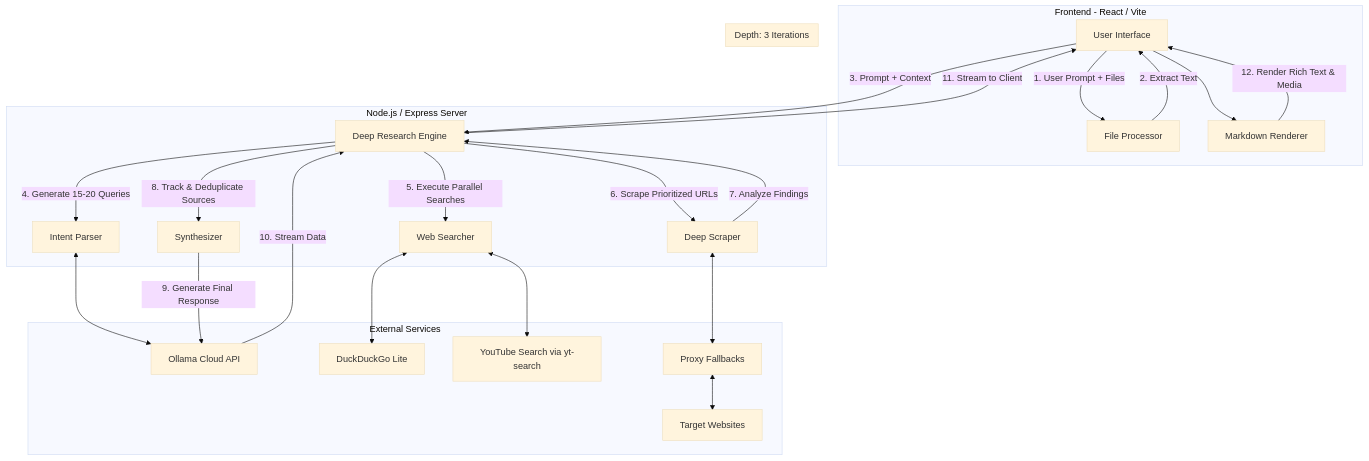
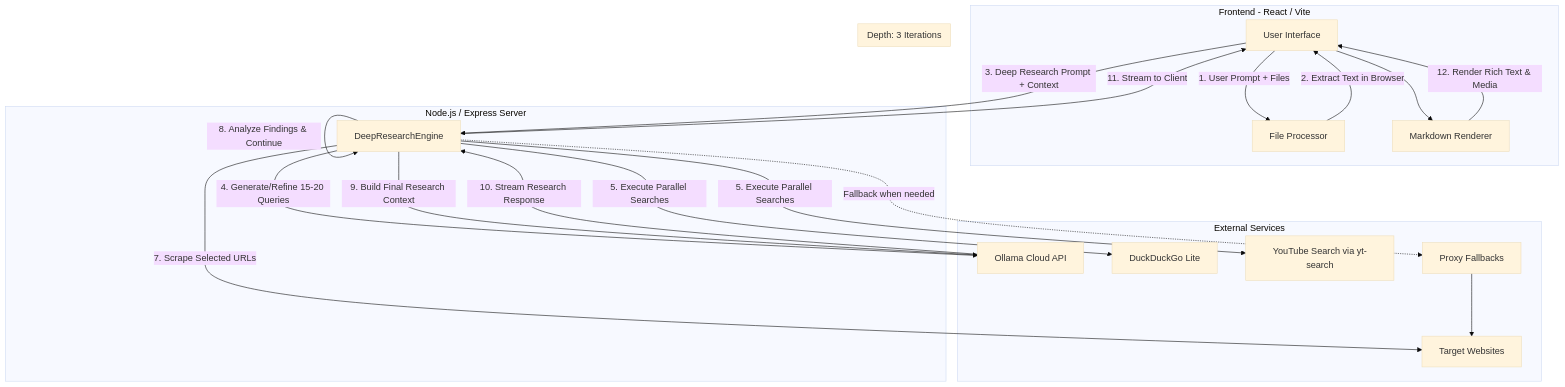
The diagram in README.md (AL-MARID/Lorph), drawn with Mermaid (base theme) before and after one commit. The commit also changed other lines of this file, not shown here.

````diff
--- a/README.md
+++ b/README.md
@@ -20,52 +24,41 @@
 ```mermaid
 flowchart TB
     subgraph Client [Frontend - React / Vite]
         UI[User Interface]
         FP[File Processor]
         MD[Markdown Renderer]
     end
 
     subgraph Backend [Node.js / Express Server]
-        DRE[Deep Research Engine]
-        IP[Intent Parser]
-        WS[Web Searcher]
-        DS[Deep Scraper]
-        SYN[Synthesizer]
+        DRE[DeepResearchEngine]
     end
 
     subgraph External [External Services]
         OLLAMA[Ollama Cloud API]
         DDG[DuckDuckGo Lite]
         YT[YouTube Search via yt-search]
         WEB[Target Websites]
         PROXIES[Proxy Fallbacks]
     end
 
     UI -- "1. User Prompt + Files" --> FP
-    FP -- "2. Extract Text" --> UI
-    UI -- "3. Prompt + Context" --> DRE
-    
-    %% Iterative Research Loop
+    FP -- "2. Extract Text in Browser" --> UI
+    UI -- "3. Deep Research Prompt + Context" --> DRE
+
     subgraph Research Loop [Depth: 3 Iterations]
-        DRE -- "4. Generate 15-20 Queries" --> IP
-        IP <--> OLLAMA
-        
-        DRE -- "5. Execute Parallel Searches" --> WS
-        WS <--> DDG
-        WS <--> YT
-        
-        DRE -- "6. Scrape Prioritized URLs" --> DS
-        DS <--> PROXIES
-        PROXIES <--> WEB
-        
-        DS -- "7. Analyze Findings" --> DRE
+        DRE -- "4. Generate/Refine 15-20 Queries" --> OLLAMA
+        DRE -- "5. Execute Parallel Searches" --> DDG
+        DRE -- "5. Execute Parallel Searches" --> YT
+        DRE -- "6. Deduplicate & Select New URLs" --> DRE
+        DRE -- "7. Scrape Selected URLs" --> WEB
+        DRE -. "Fallback when needed" .-> PROXIES
+        PROXIES --> WEB
+        DRE -- "8. Analyze Findings & Continue" --> DRE
     end
-    
-    DRE -- "8. Track & Deduplicate Sources" --> SYN
-    SYN -- "9. Generate Final Response" --> OLLAMA
-    OLLAMA -- "10. Stream Data" --> DRE
-    
+
+    DRE -- "9. Build Final Research Context" --> OLLAMA
+    OLLAMA -- "10. Stream Research Response" --> DRE
     DRE -- "11. Stream to Client" --> UI
     UI --> MD
     MD -- "12. Render Rich Text & Media" --> UI
 ```
````
